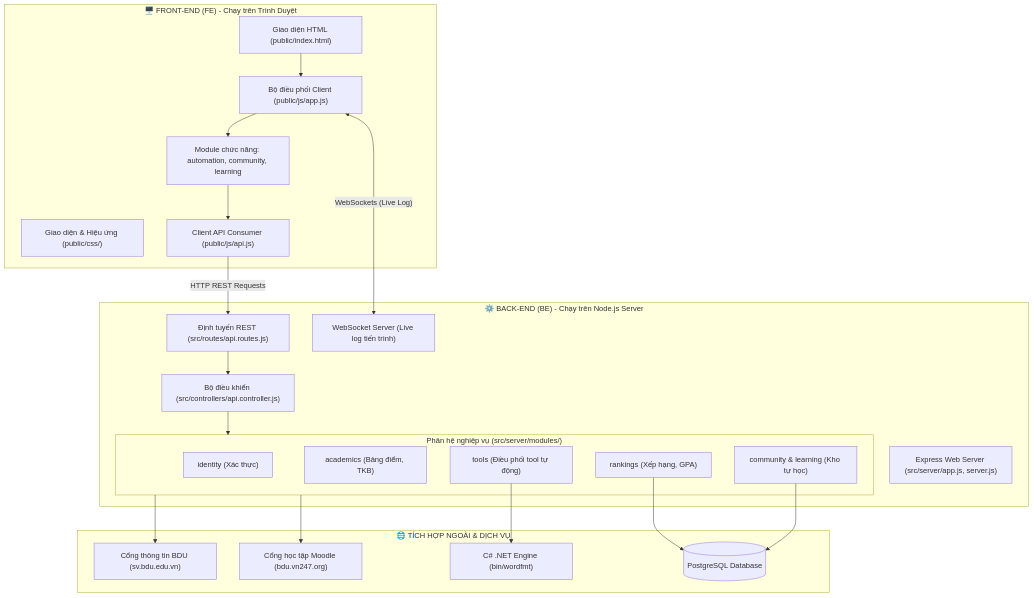
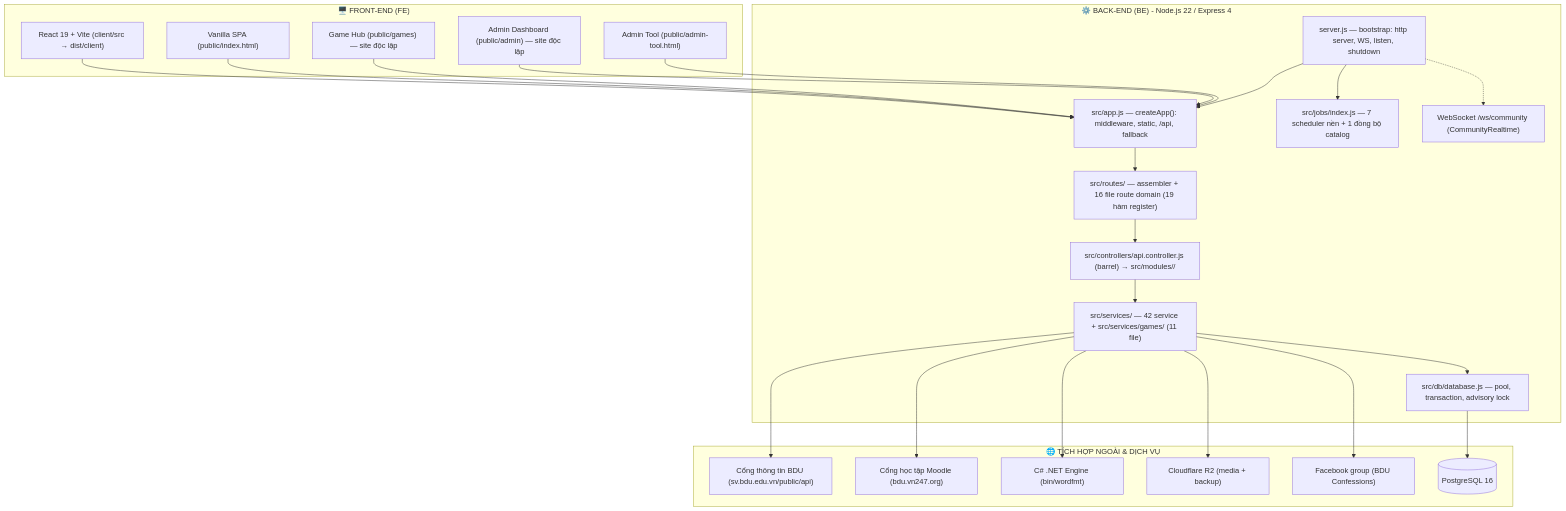
The diagram in READFORME.md (vdat293/bdu-tu-hoc), drawn with Mermaid before and after one commit. The commit also changed other lines of this file and 6 other files, not shown here.

````diff
--- a/READFORME.md
+++ b/READFORME.md
@@ -18,47 +20,50 @@
 ```mermaid
 flowchart TB
-    subgraph CLIENT["🖥️ FRONT-END (FE) - Chạy trên Trình Duyệt"]
-        UI["Giao diện HTML (public/index.html)"]
-        CSS["Giao diện & Hiệu ứng (public/css/)"]
-        APP_JS["Bộ điều phối Client (public/js/app.js)"]
-        API_JS["Client API Consumer (public/js/api.js)"]
-        FEAT["Module chức năng: automation, community, learning"]
+    subgraph CLIENT["🖥️ FRONT-END (FE)"]
+        REACT["React 19 + Vite (client/src → dist/client)"]
+        LEGACY["Vanilla SPA (public/index.html)"]
+        GAMES["Game Hub (public/games) — site độc lập"]
+        ADMIN["Admin Dashboard (public/admin) — site độc lập"]
+        ADMINTOOL["Admin Tool (public/admin-tool.html)"]
     end
 
-    subgraph SERVER["⚙️ BACK-END (BE) - Chạy trên Node.js Server"]
-        HTTP["Express Web Server (src/server/app.js, server.js)"]
-        ROUTER["Định tuyến REST (src/routes/api.routes.js)"]
-        CTRL["Bộ điều khiển (src/controllers/api.controller.js)"]
-        WS["WebSocket Server (Live log tiến trình)"]
-        
-        subgraph MODULES["Phân hệ nghiệp vụ (src/server/modules/)"]
-            AUTH["identity (Xác thực)"]
-            ACAD["academics (Bảng điểm, TKB)"]
-            RANK["rankings (Xếp hạng, GPA)"]
-            COMM["community & learning (Kho tự học)"]
-            TOOL["tools (Điều phối tool tự động)"]
-        end
+    subgraph SERVER["⚙️ BACK-END (BE) - Node.js 22 / Express 4"]
+        BOOT["server.js — bootstrap: http server, WS, listen, shutdown"]
+        APP["src/app.js — createApp(): middleware, static, /api, fallback"]
+        JOBS["src/jobs/index.js — 7 scheduler nền + 1 đồng bộ catalog"]
+        ROUTER["src/routes/ — assembler + 16 file route domain (19 hàm register)"]
+        CTRL["src/controllers/api.controller.js (barrel) → src/modules/<domain>/"]
+        SVC["src/services/ — 42 service + src/services/games/ (11 file)"]
+        DB["src/db/database.js — pool, transaction, advisory lock"]
+        WS["WebSocket /ws/community (CommunityRealtime)"]
     end
 
     subgraph INTEGRATIONS["🌐 TÍCH HỢP NGOÀI & DỊCH VỤ"]
-        BDU_PORTAL["Cổng thông tin BDU (sv.bdu.edu.vn)"]
+        BDU["Cổng thông tin BDU (sv.bdu.edu.vn/public/api)"]
         MOODLE["Cổng học tập Moodle (bdu.vn247.org)"]
-        WORDFMT_BIN["C# .NET Engine (bin/wordfmt)"]
-        DB[(PostgreSQL Database)]
+        WORDFMT["C# .NET Engine (bin/wordfmt)"]
+        R2["Cloudflare R2 (media + backup)"]
+        FB["Facebook group (BDU Confessions)"]
+        PGSQL[(PostgreSQL 16)]
     end
 
-    UI --> APP_JS
-    APP_JS --> FEAT
-    FEAT --> API_JS
-    API_JS -- "HTTP REST Requests" --> ROUTER
-    APP_JS -- "WebSockets (Live Log)" <--> WS
-    
+    REACT --> APP
+    LEGACY --> APP
+    GAMES --> APP
+    ADMIN --> APP
+    ADMINTOOL --> APP
+    APP --> ROUTER
     ROUTER --> CTRL
-    CTRL --> MODULES
-    
-    MODULES --> BDU_PORTAL
-    MODULES --> MOODLE
-    TOOL --> WORDFMT_BIN
-    RANK --> DB
-    COMM --> DB
+    CTRL --> SVC
+    SVC --> DB
+    DB --> PGSQL
+    BOOT -.-> WS
+    BOOT --> APP
+    BOOT --> JOBS
+
+    SVC --> BDU
+    SVC --> MOODLE
+    SVC --> WORDFMT
+    SVC --> R2
+    SVC --> FB
 ```
````
